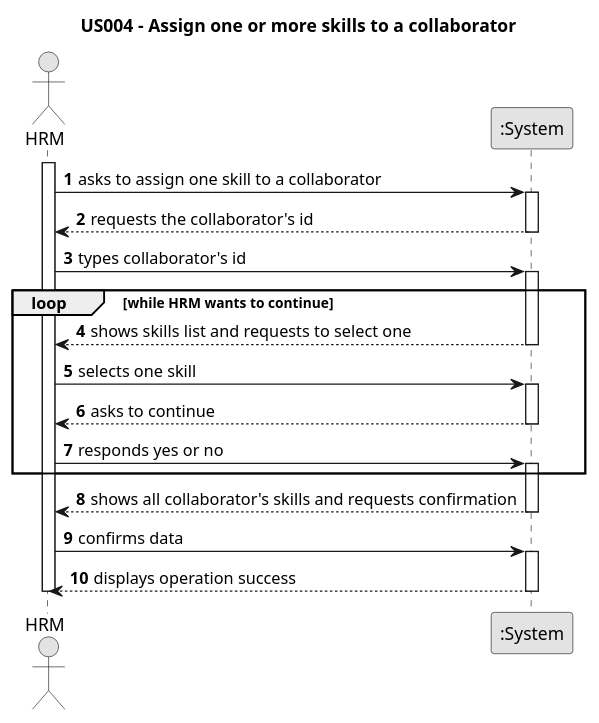
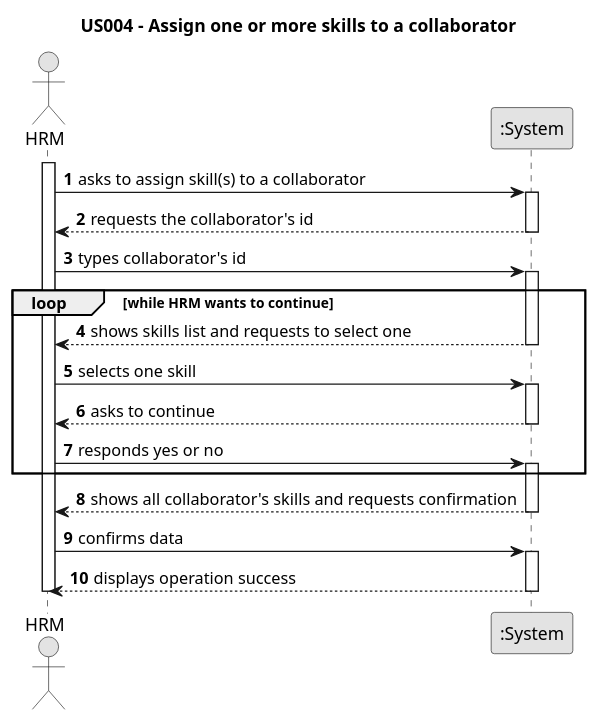
One commit to Departamento-de-Engenharia-Informatica/lei-24-s2-1dm-g132 changed the diagram in docs/sprintB/us004/01.requirements-engineering/puml/us004-system-sequence-diagram.puml. Above: the diagram before and after it, drawn with PlantUML.

Commit message:
US004 ssd small update

```diff
--- a/docs/sprintB/us004/01.requirements-engineering/puml/us004-system-sequence-diagram.puml
+++ b/docs/sprintB/us004/01.requirements-engineering/puml/us004-system-sequence-diagram.puml
@@ -1,47 +1,47 @@
 @startuml
 skinparam monochrome true
 skinparam packageStyle rectangle
 skinparam shadowing false
 
 title US004 - Assign one or more skills to a collaborator
 
 autonumber
 
 actor "HRM" as Employee
 participant ":System" as System
 
 activate Employee
 
-    Employee -> System : asks to assign one skill to a collaborator
+    Employee -> System : asks to assign skill(s) to a collaborator
     activate System
 
     System --> Employee : requests the collaborator's id
     deactivate System
 
     Employee -> System : types collaborator's id
     activate System
 
     loop while HRM wants to continue
     System --> Employee : shows skills list and requests to select one
     deactivate System
 
     Employee -> System : selects one skill
     activate System
 
     System --> Employee : asks to continue
     deactivate System
 
     Employee -> System : responds yes or no
     activate System
     end
     System --> Employee : shows all collaborator's skills and requests confirmation
     deactivate System
 
     Employee -> System : confirms data
     activate System
 
     System --> Employee : displays operation success
     deactivate System
 
 deactivate Employee
 @enduml
```
